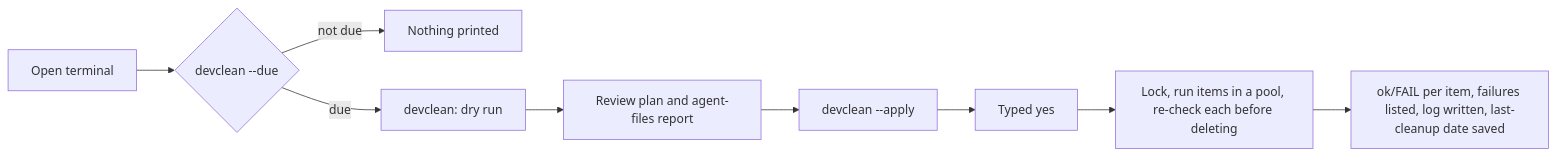
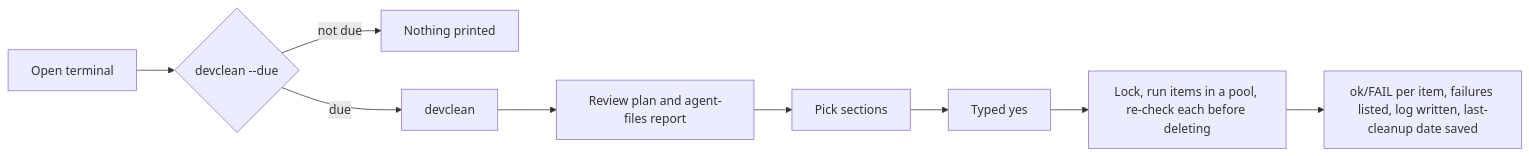
Before and after one commit to maximsan/common-scripts: the diagram in README.md, drawn with Mermaid. The commit also changed other lines of this file and 17 other files, not shown here.

````diff
--- a/README.md
+++ b/README.md
@@ -85,11 +97,11 @@
 ```mermaid
 flowchart LR
   A[Open terminal] --> B{devclean --due}
   B -- not due --> Z[Nothing printed]
-  B -- due --> C[devclean: dry run]
+  B -- due --> C[devclean]
   C --> D[Review plan and agent-files report]
-  D --> E[devclean --apply]
+  D --> E[Pick sections]
   E --> F[Typed yes]
   F --> G[Lock, run items in a pool, re-check each before deleting]
   G --> H[ok/FAIL per item, failures listed, log written, last-cleanup date saved]
 ```
````
